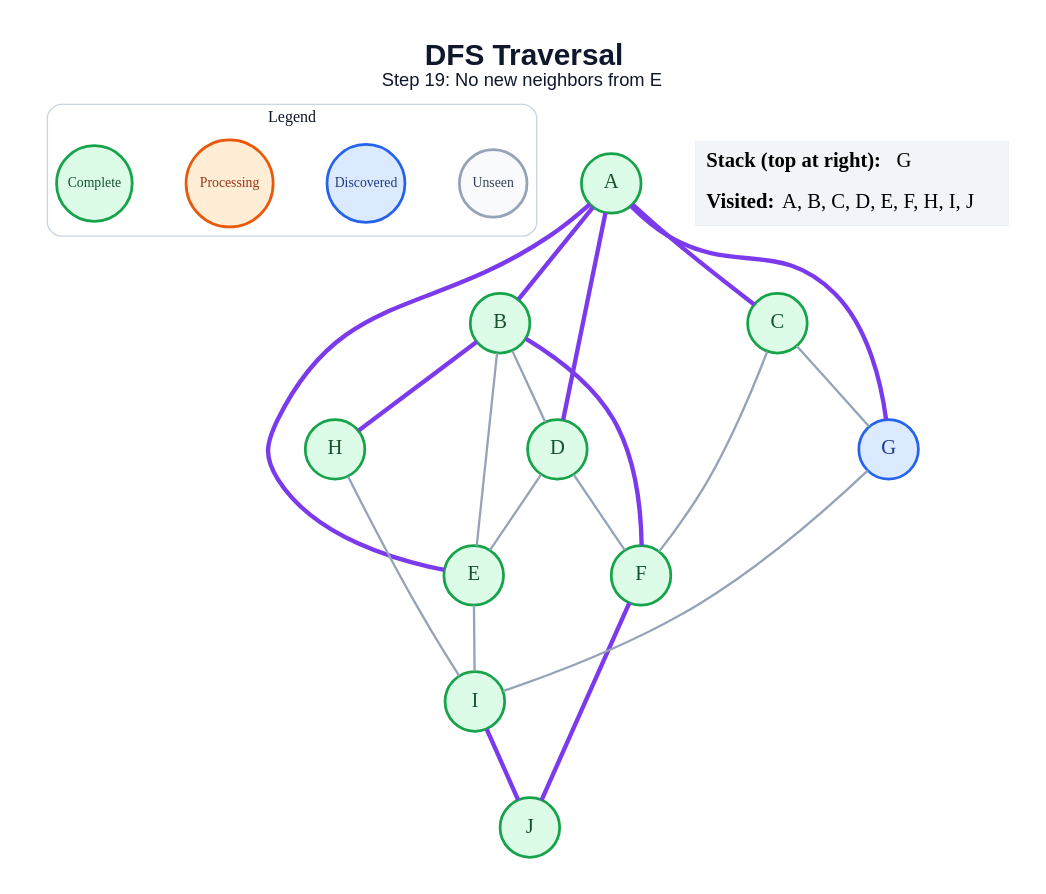
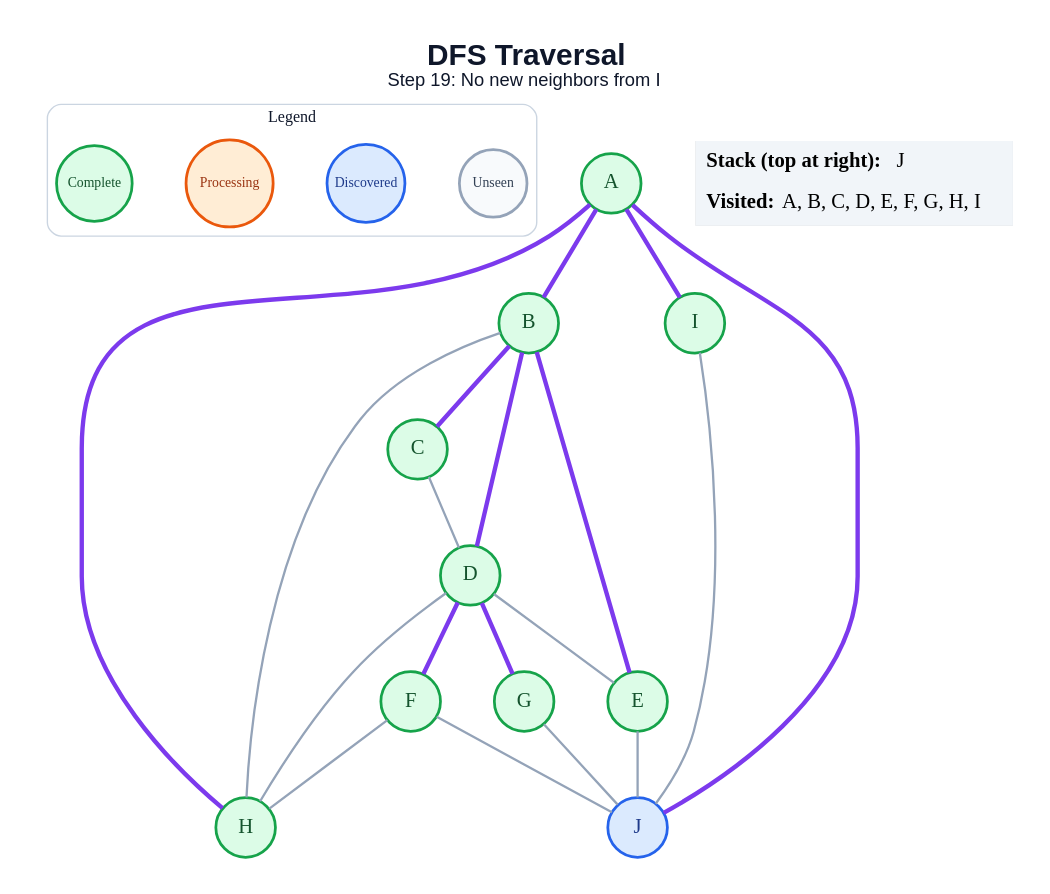
The diagram in generated/dfs/step_19.dot (anon7238593-create/ai-slop), drawn with Graphviz before and after one commit. The commit also changed 178 other files, not shown here.

```diff
--- a/generated/dfs/step_19.dot
+++ b/generated/dfs/step_19.dot
@@ -1,47 +1,47 @@
 graph traversal {
   graph [layout=dot, rankdir=TB, bgcolor="#FFFFFF", pad="0.35", nodesep="0.65", ranksep="0.8", fontname="Arial"];
   node [shape=circle, style="filled", fontname="Arial Bold", fontsize=18, width=0.72, fixedsize=true, penwidth=2.4];
   edge [color="#94A3B8", penwidth=2.0];
-  label=<<B>DFS Traversal</B><BR/><FONT POINT-SIZE="16">Step 19: No new neighbors from E</FONT>>; labelloc="t"; fontsize=26; fontname="Arial"; fontcolor="#0F172A";
+  label=<<B>DFS Traversal</B><BR/><FONT POINT-SIZE="16">Step 19: No new neighbors from I</FONT>>; labelloc="t"; fontsize=26; fontname="Arial"; fontcolor="#0F172A";
   subgraph cluster_legend { label="Legend"; color="#CBD5E1"; penwidth=1.2; style="rounded"; fontsize=14; fontname="Arial Bold";
     key_unseen [label="Unseen", fillcolor="#F8FAFC", color="#94A3B8", fontcolor="#334155", fontsize=12, width=0.82];
     key_frontier [label="Discovered", fillcolor="#DBEAFE", color="#2563EB", fontcolor="#1E3A8A", fontsize=12, width=0.95];
     key_current [label="Processing", fillcolor="#FFEDD5", color="#EA580C", fontcolor="#9A3412", fontsize=12, width=1.05];
     key_done [label="Complete", fillcolor="#DCFCE7", color="#16A34A", fontcolor="#14532D", fontsize=12, width=0.92];
     { rank=same; key_unseen; key_frontier; key_current; key_done; }
   }
   A [fillcolor="#DCFCE7", color="#16A34A", fontcolor="#14532D"];
   B [fillcolor="#DCFCE7", color="#16A34A", fontcolor="#14532D"];
   C [fillcolor="#DCFCE7", color="#16A34A", fontcolor="#14532D"];
   D [fillcolor="#DCFCE7", color="#16A34A", fontcolor="#14532D"];
   E [fillcolor="#DCFCE7", color="#16A34A", fontcolor="#14532D"];
   F [fillcolor="#DCFCE7", color="#16A34A", fontcolor="#14532D"];
-  G [fillcolor="#DBEAFE", color="#2563EB", fontcolor="#1E3A8A"];
+  G [fillcolor="#DCFCE7", color="#16A34A", fontcolor="#14532D"];
   H [fillcolor="#DCFCE7", color="#16A34A", fontcolor="#14532D"];
   I [fillcolor="#DCFCE7", color="#16A34A", fontcolor="#14532D"];
-  J [fillcolor="#DCFCE7", color="#16A34A", fontcolor="#14532D"];
+  J [fillcolor="#DBEAFE", color="#2563EB", fontcolor="#1E3A8A"];
   A -- B [color="#7C3AED", penwidth=3.8];
-  A -- C [color="#7C3AED", penwidth=3.8];
-  A -- D [color="#7C3AED", penwidth=3.8];
-  A -- E [color="#7C3AED", penwidth=3.8];
-  A -- G [color="#7C3AED", penwidth=3.8];
-  B -- D;
-  B -- E;
-  B -- F [color="#7C3AED", penwidth=3.8];
-  B -- H [color="#7C3AED", penwidth=3.8];
-  C -- F;
-  C -- G;
+  A -- H [color="#7C3AED", penwidth=3.8];
+  A -- I [color="#7C3AED", penwidth=3.8];
+  A -- J [color="#7C3AED", penwidth=3.8];
+  B -- C [color="#7C3AED", penwidth=3.8];
+  B -- D [color="#7C3AED", penwidth=3.8];
+  B -- E [color="#7C3AED", penwidth=3.8];
+  B -- H;
+  C -- D;
   D -- E;
-  D -- F;
-  E -- I;
-  F -- J [color="#7C3AED", penwidth=3.8];
-  G -- I;
-  H -- I;
-  I -- J [color="#7C3AED", penwidth=3.8];
+  D -- F [color="#7C3AED", penwidth=3.8];
+  D -- G [color="#7C3AED", penwidth=3.8];
+  D -- H;
+  E -- J;
+  F -- H;
+  F -- J;
+  G -- J;
+  I -- J;
   status [shape=plain, fixedsize=false, width=0, height=0, margin=0, label=<
     <TABLE BORDER="0" CELLBORDER="0" CELLPADDING="7" BGCOLOR="#F1F5F9">
-      <TR><TD ALIGN="LEFT"><B>Stack (top at right):</B> G</TD></TR>
-      <TR><TD ALIGN="LEFT"><B>Visited:</B> A, B, C, D, E, F, H, I, J</TD></TR>
+      <TR><TD ALIGN="LEFT"><B>Stack (top at right):</B> J</TD></TR>
+      <TR><TD ALIGN="LEFT"><B>Visited:</B> A, B, C, D, E, F, G, H, I</TD></TR>
     </TABLE>
   >];
 }
```
